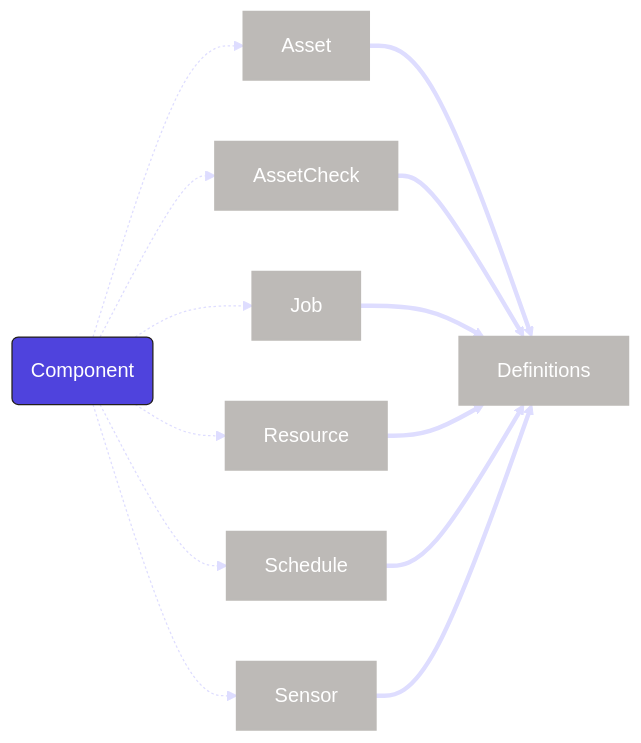
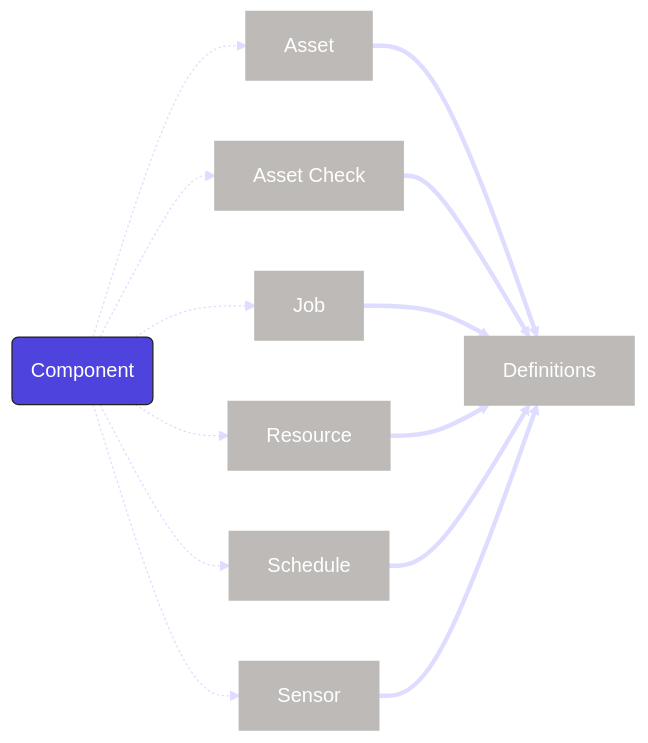
The sixth of 17 diagrams in docs/docs/getting-started/concepts.md (dagster-io/dagster), drawn with Mermaid before and after one commit. The commit also changed other lines of this file, not shown here.

Commit message:
Simplify concepts diagram

````diff
--- a/docs/docs/getting-started/concepts.md
+++ b/docs/docs/getting-started/concepts.md
@@ -271,39 +202,39 @@
 ```mermaid
 %%{
   init: {
     'theme': 'base',
     'themeVariables': {
       'primaryColor': '#4F43DD',
       'primaryTextColor': '#FFFFFF',
       'primaryBorderColor': '#231F1B',
       'lineColor': '#DEDDFF',
       'secondaryColor': '#BDBAB7',
       'tertiaryColor': '#FFFFFF'
     }
   }
 }%%
   graph LR
     style Asset fill:#BDBAB7,stroke:#BDBAB7,stroke-width:2px
     style AssetCheck fill:#BDBAB7,stroke:#BDBAB7,stroke-width:2px
     style Job fill:#BDBAB7,stroke:#BDBAB7,stroke-width:2px
     style Resource fill:#BDBAB7,stroke:#BDBAB7,stroke-width:2px
     style Schedule fill:#BDBAB7,stroke:#BDBAB7,stroke-width:2px
     style Sensor fill:#BDBAB7,stroke:#BDBAB7,stroke-width:2px
     style Definitions fill:#BDBAB7,stroke:#BDBAB7,stroke-width:2px
 
     Component(Component)
 
     Component -.-> Asset
-    Component -.-> AssetCheck
+    Component -.-> AssetCheck[Asset Check]
     Component -.-> Job
     Component -.-> Resource
     Component -.-> Schedule
     Component -.-> Sensor
 
     Asset ==> Definitions
     AssetCheck ==> Definitions
     Job ==> Definitions
     Resource ==> Definitions
     Schedule ==> Definitions
     Sensor ==> Definitions
 ```
````
